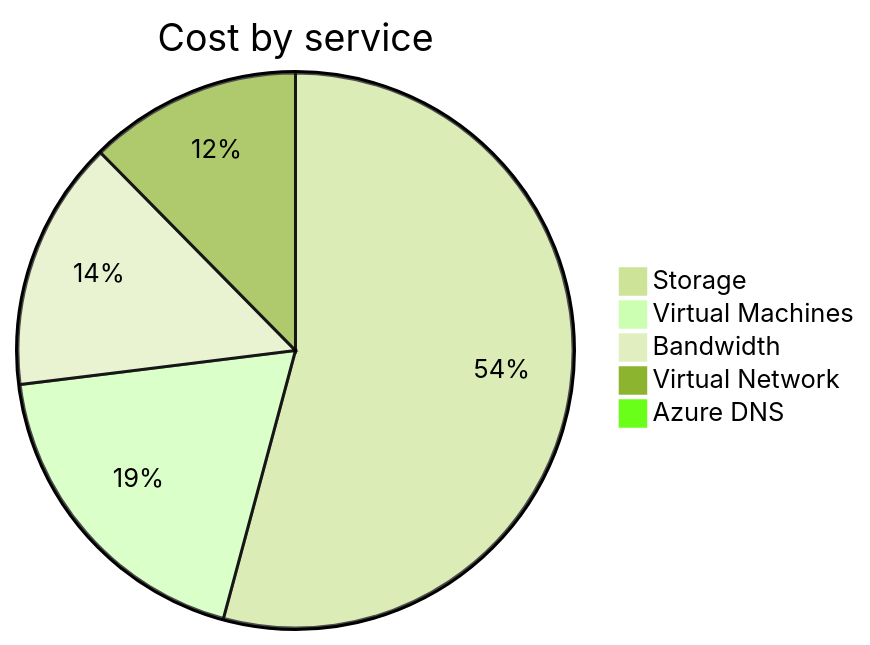
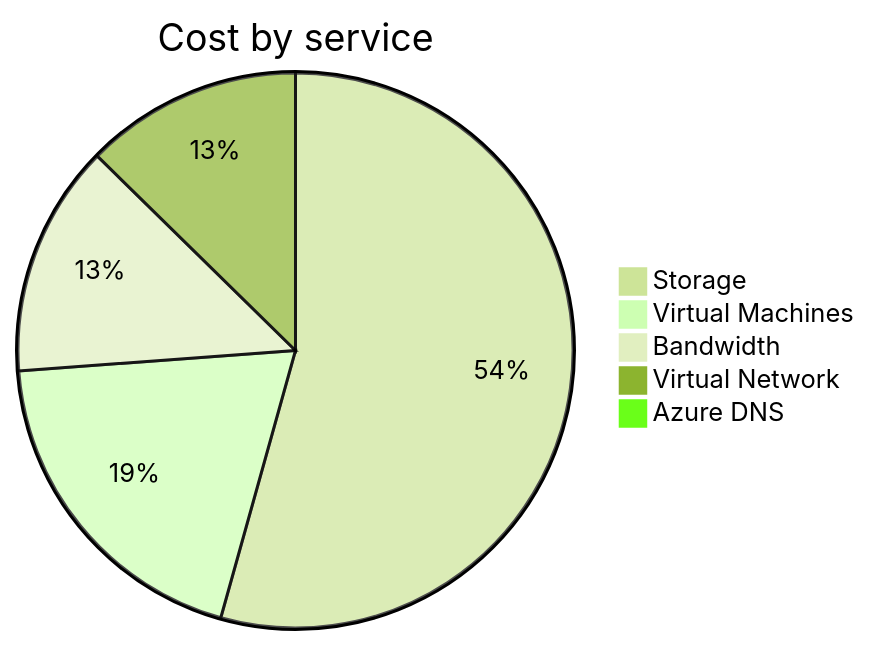
Before and after one commit to jpfulton/azure-personal-reports: the second of 4 diagrams in cost-reports/personal-network/README.md, drawn with Mermaid (forest theme). The commit also changed other lines of this file and 8 other files, not shown here.

````diff
--- a/cost-reports/personal-network/README.md
+++ b/cost-reports/personal-network/README.md
@@ -99,9 +99,9 @@
 ```mermaid
 pie
    title Cost by service
-   "Storage" : 10.37
-   "Virtual Machines" : 3.61
+   "Storage" : 11.21
+   "Virtual Machines" : 4.02
    "Bandwidth" : 2.79
-   "Virtual Network" : 2.37
-   "Azure DNS" : 0.16
+   "Virtual Network" : 2.61
+   "Azure DNS" : 0.17
 ```
````
